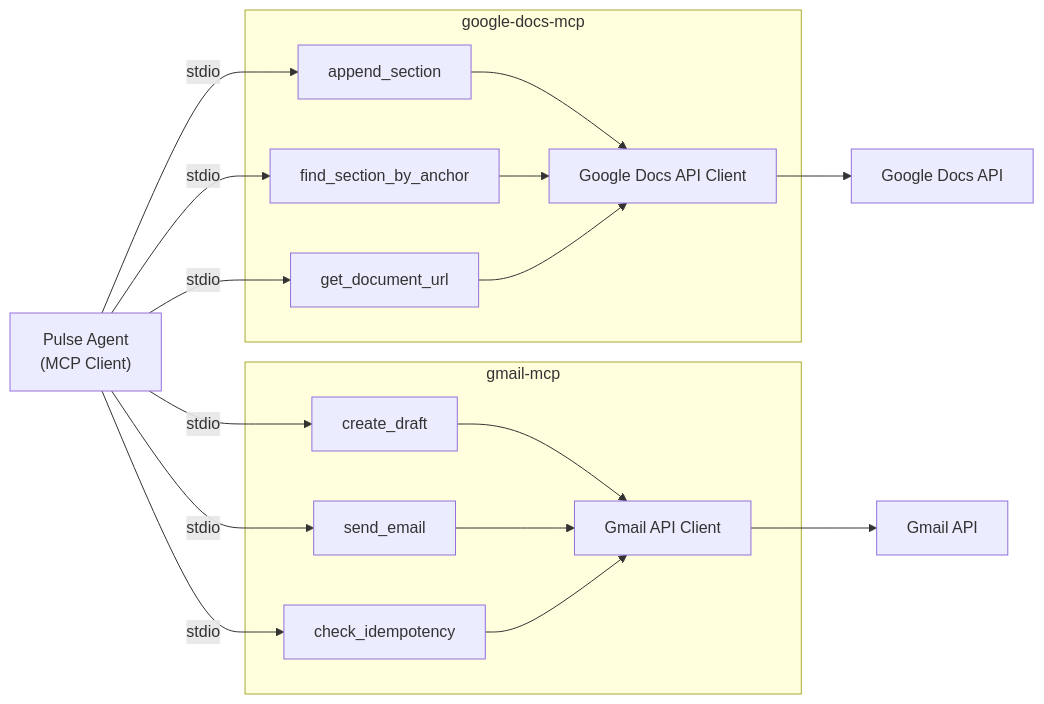
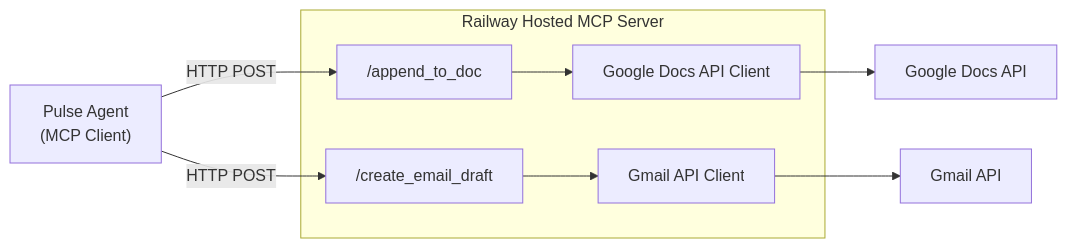
The fifth of 5 diagrams in docs/architecture.md (Shekhu07/Weekly_Pulse), drawn with Mermaid before and after one commit. The commit also changed other lines of this file and 3 other files, not shown here.

First line of the commit message:
docs: update architecture and implementation plan for Railway MCP server

````diff
--- a/docs/architecture.md
+++ b/docs/architecture.md
@@ -492,35 +492,20 @@
 ```mermaid
 graph LR
     Agent["Pulse Agent<br/>(MCP Client)"]
 
-    subgraph "google-docs-mcp"
-        DT1["append_section"]
-        DT2["find_section_by_anchor"]
-        DT3["get_document_url"]
+    subgraph "Railway Hosted MCP Server"
+        DT1["/append_to_doc"]
+        GT1["/create_email_draft"]
         DC["Google Docs API Client"]
-    end
-
-    subgraph "gmail-mcp"
-        GT1["create_draft"]
-        GT2["send_email"]
-        GT3["check_idempotency"]
         GC["Gmail API Client"]
     end
 
-    Agent -- "stdio" --> DT1
-    Agent -- "stdio" --> DT2
-    Agent -- "stdio" --> DT3
-    Agent -- "stdio" --> GT1
-    Agent -- "stdio" --> GT2
-    Agent -- "stdio" --> GT3
+    Agent -- "HTTP POST" --> DT1
+    Agent -- "HTTP POST" --> GT1
 
     DT1 --> DC
-    DT2 --> DC
-    DT3 --> DC
     GT1 --> GC
-    GT2 --> GC
-    GT3 --> GC
 
     DC --> DocsAPI["Google Docs API"]
     GC --> GmailAPI["Gmail API"]
 ```
````
